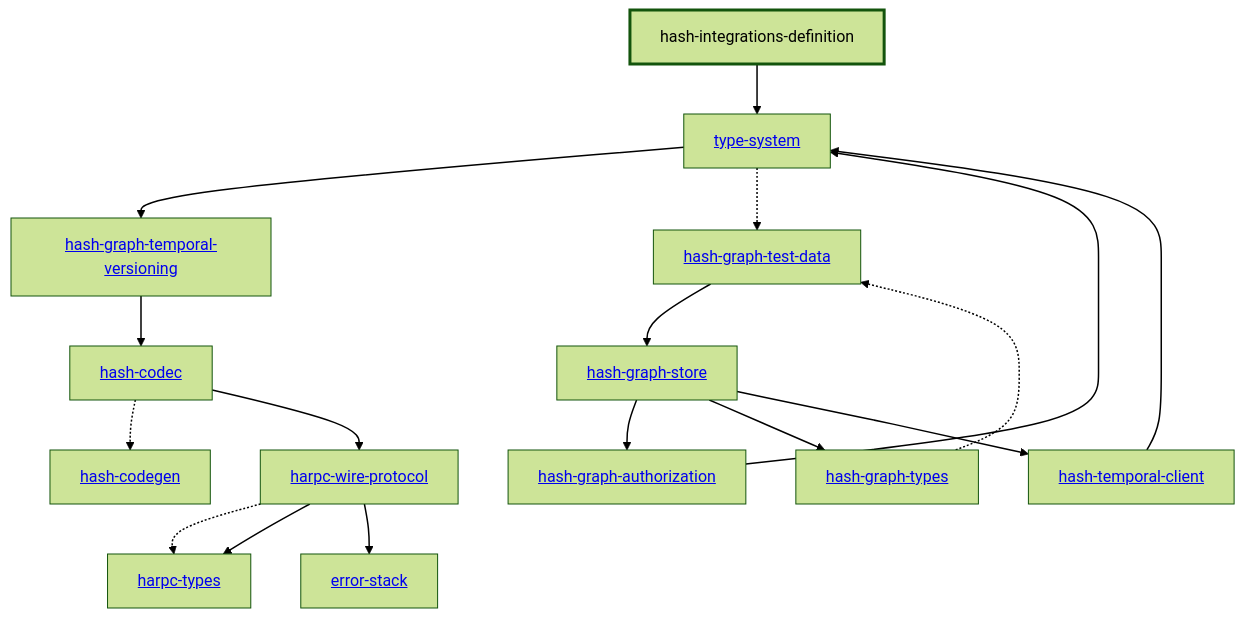
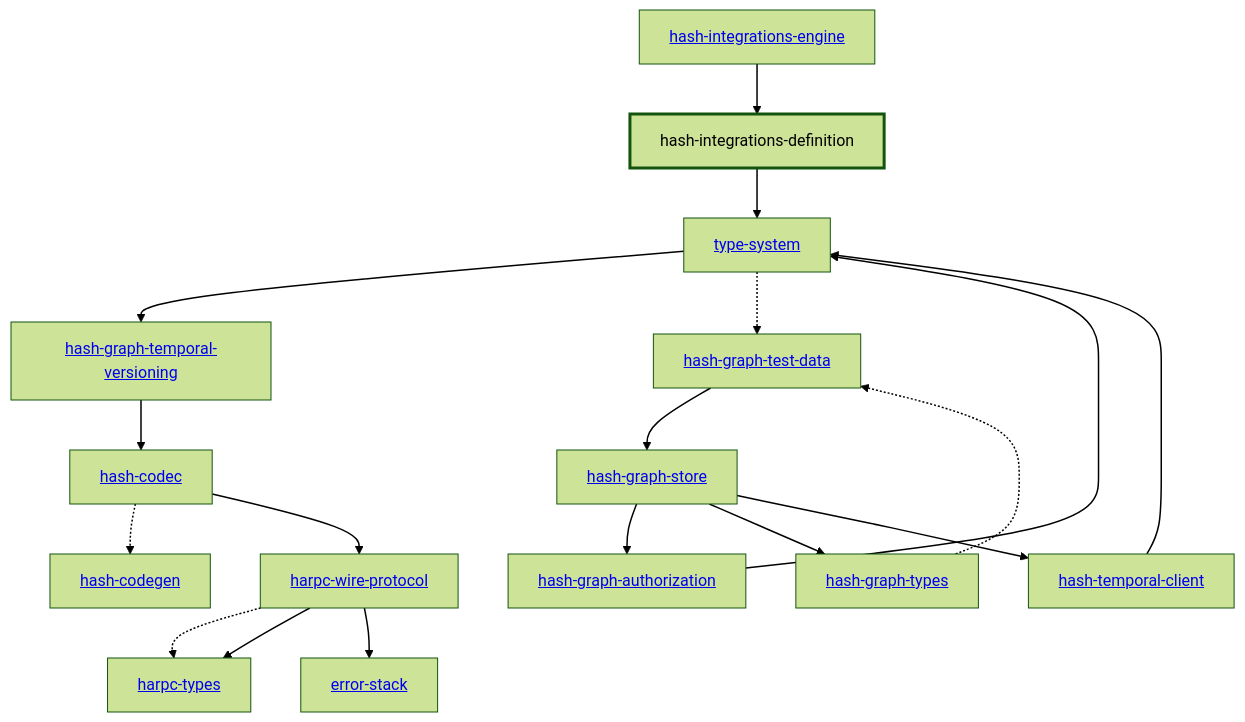
The diagram in libs/@local/integrations/definition/docs/dependency-diagram.mmd (hashintel/hash), drawn with Mermaid (forest theme) before and after one commit. The commit also changed 8 other files, not shown here.

```diff
--- a/libs/@local/integrations/definition/docs/dependency-diagram.mmd
+++ b/libs/@local/integrations/definition/docs/dependency-diagram.mmd
@@ -1,40 +1,42 @@
 graph TD
     linkStyle default stroke-width:1.5px
     classDef default stroke-width:1px
     classDef root stroke-width:3px
     classDef dev stroke-width:1px
     classDef build stroke-width:1px
     %% Legend
     %% --> : Normal dependency
     %% -.-> : Dev dependency
     %% ---> : Build dependency
     0[<a href="../type_system/index.html">type-system</a>]
     1[<a href="../hash_codec/index.html">hash-codec</a>]
     2[<a href="../hash_codegen/index.html">hash-codegen</a>]
     3[<a href="../hash_graph_authorization/index.html">hash-graph-authorization</a>]
     4[<a href="../hash_graph_store/index.html">hash-graph-store</a>]
     5[<a href="../hash_graph_temporal_versioning/index.html">hash-graph-temporal-versioning</a>]
     6[<a href="../hash_graph_types/index.html">hash-graph-types</a>]
     7[<a href="../harpc_types/index.html">harpc-types</a>]
     8[<a href="../harpc_wire_protocol/index.html">harpc-wire-protocol</a>]
     9[hash-integrations-definition]
     class 9 root
-    10[<a href="../hash_temporal_client/index.html">hash-temporal-client</a>]
-    11[<a href="../error_stack/index.html">error-stack</a>]
-    12[<a href="../hash_graph_test_data/index.html">hash-graph-test-data</a>]
+    10[<a href="../hash_integrations_engine/index.html">hash-integrations-engine</a>]
+    11[<a href="../hash_temporal_client/index.html">hash-temporal-client</a>]
+    12[<a href="../error_stack/index.html">error-stack</a>]
+    13[<a href="../hash_graph_test_data/index.html">hash-graph-test-data</a>]
     0 --> 5
-    0 -.-> 12
+    0 -.-> 13
     1 -.-> 2
     1 --> 8
     3 --> 0
     4 --> 3
     4 --> 6
-    4 --> 10
+    4 --> 11
     5 --> 1
-    6 -.-> 12
+    6 -.-> 13
     8 -.-> 7
     8 --> 7
-    8 --> 11
+    8 --> 12
     9 --> 0
-    10 --> 0
-    12 --> 4
+    10 --> 9
+    11 --> 0
+    13 --> 4
```
